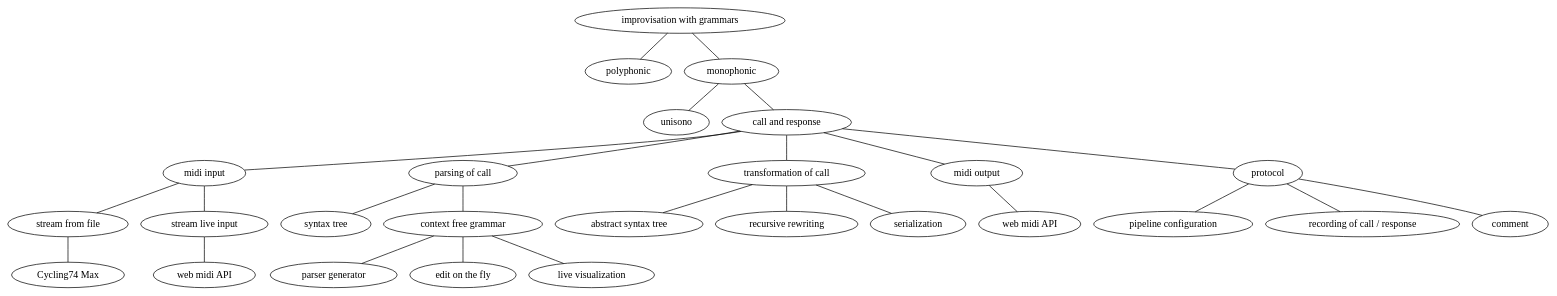
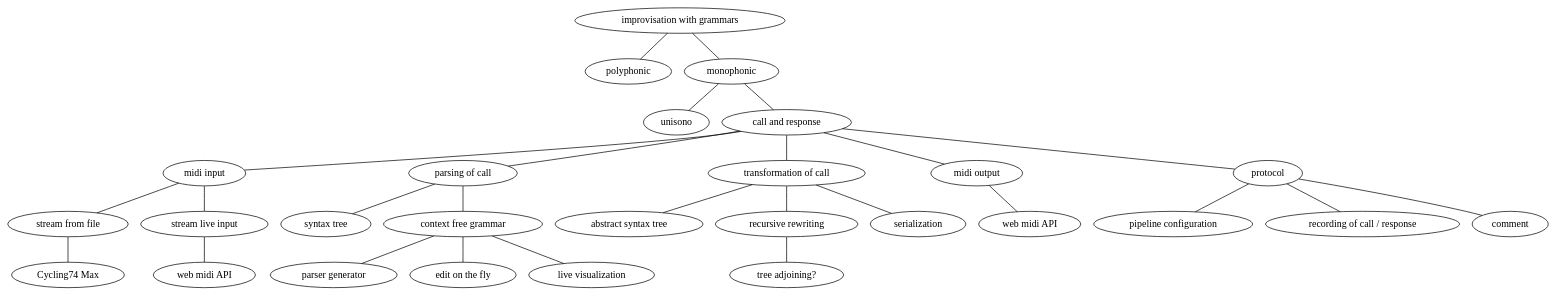
Before and after one commit to spirio-sessions/grammar-music: the diagram in meta/ma-ideas.dot, drawn with Graphviz. The commit also changed 1 other file, not shown here.

```diff
--- a/meta/ma-ideas.dot
+++ b/meta/ma-ideas.dot
@@ -1,61 +1,63 @@
 graph G {
 
   start [label="improvisation with grammars"]
   polyphonic
   monophonic
   unisono
   cnr [label="call and response"]
   midiin [label="midi input"]
   strf [label="stream from file"]
   strl [label="stream live input"]
   cyc74max [label="Cycling74 Max"]
   webmidiin [label="web midi API"]
   poc [label="parsing of call"]
   st [label="syntax tree"]
   ast [label="abstract syntax tree"]
   recrew [label="recursive rewriting"]
   srlz [label="serialization"]
+  tradj [label="tree adjoining?"]
   toc [label="transformation of call"]
   midiout [label="midi output"]
   webmidiout [label="web midi API"]
   cfg [label="context free grammar"]
   pgen [label="parser generator"]
   liveedit [label="edit on the fly"]
   viz [label="live visualization"]
   ptcl [label="protocol"]
   cfgs [label="pipeline configuration"]
   rec [label="recording of call / response"]
   comm [label="comment"]
 
   start -- polyphonic
   start -- monophonic
   monophonic -- unisono
   monophonic -- cnr
 
     cnr -- midiin // symbolic vs. raw audio omitted
       midiin -- strf
         strf -- cyc74max
       midiin -- strl
         strl -- webmidiin
 
     cnr -- poc
     poc -- cfg
       cfg -- pgen
       cfg -- liveedit
       cfg -- viz
     poc -- st
 
     cnr -- toc
       toc -- ast
       toc -- recrew
-      toc --srlz
+      toc -- srlz
+        recrew -- tradj
 
     cnr -- midiout
       midiout -- webmidiout
 
     cnr -- ptcl
       ptcl -- cfgs
       ptcl -- rec
       ptcl -- comm
   
 }
```
